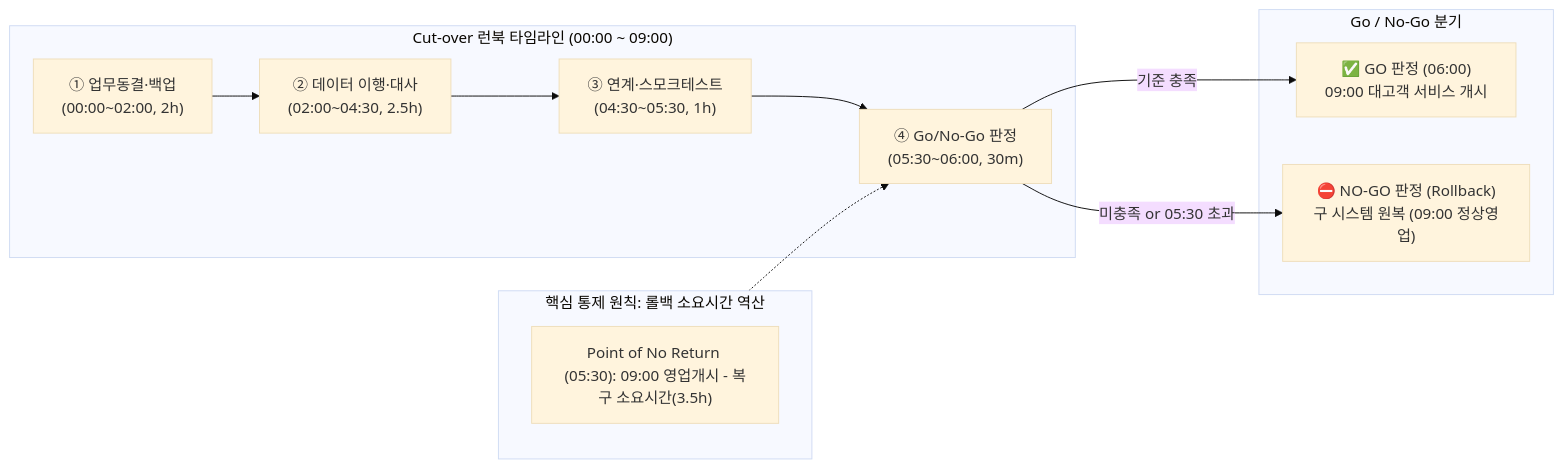
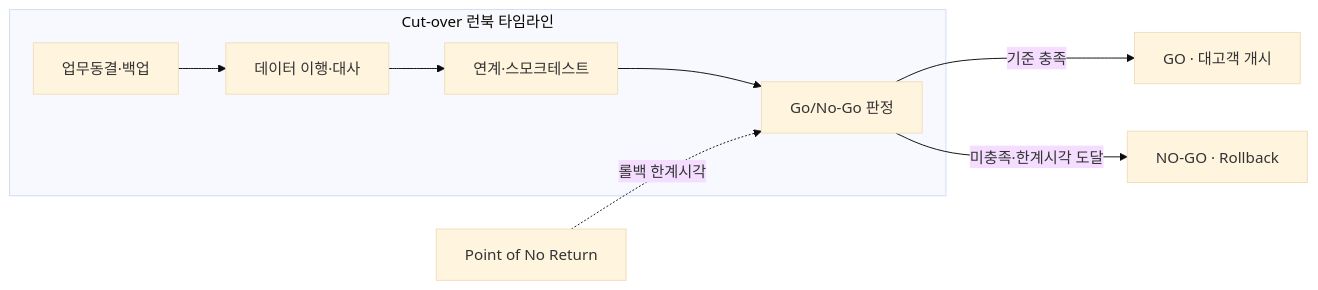
Before and after one commit to agnusdei1207/study: the second of 2 diagrams in src/content/docs/notes/itpe/01-it-strategy/103_next_generation_system_open_risk.md, drawn with Mermaid (base theme). The commit also changed other lines of this file and 18 other files, not shown here.

````diff
--- a/src/content/docs/notes/itpe/01-it-strategy/103_next_generation_system_open_risk.md
+++ b/src/content/docs/notes/itpe/01-it-strategy/103_next_generation_system_open_risk.md
@@ -147,16 +133,9 @@
 ```mermaid
 flowchart LR
-    subgraph TIMELINE["Cut-over 런북 타임라인 (00:00 ~ 09:00)"]
-        T1["① 업무동결·백업<br/>(00:00~02:00, 2h)"] --> T2["② 데이터 이행·대사<br/>(02:00~04:30, 2.5h)"]
-        T2 --> T3["③ 연계·스모크테스트<br/>(04:30~05:30, 1h)"]
-        T3 --> T4["④ Go/No-Go 판정<br/>(05:30~06:00, 30m)"]
+    subgraph TIMELINE["Cut-over 런북 타임라인"]
+        T1["업무동결·백업"] --> T2["데이터 이행·대사"] --> T3["연계·스모크테스트"] --> T4["Go/No-Go 판정"]
     end
-    subgraph DECISION["Go / No-Go 분기"]
-        T4 -->|기준 충족| GO["✅ GO 판정 (06:00)<br/>09:00 대고객 서비스 개시"]
-        T4 -->|미충족 or 05:30 초과| NOGO["⛔ NO-GO 판정 (Rollback)<br/>구 시스템 원복 (09:00 정상영업)"]
-    end
-    subgraph RULE["핵심 통제 원칙: 롤백 소요시간 역산"]
-        R["Point of No Return (05:30): 09:00 영업개시 - 복구 소요시간(3.5h)"]
-    end
-    RULE -.-> T4
+    T4 -->|기준 충족| GO["GO · 대고객 개시"]
+    T4 -->|미충족·한계시각 도달| NOGO["NO-GO · Rollback"]
+    R["Point of No Return"] -.->|롤백 한계시각| T4
 ```
````
